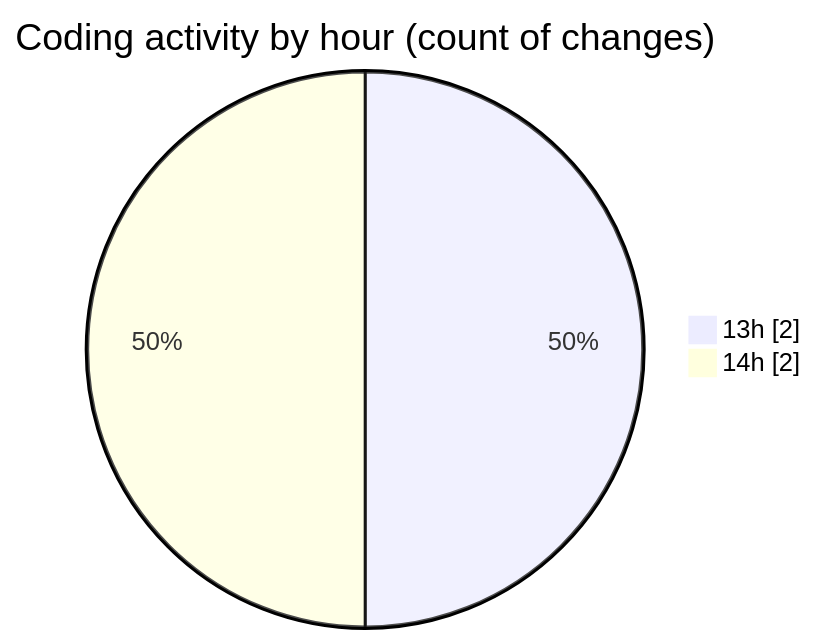
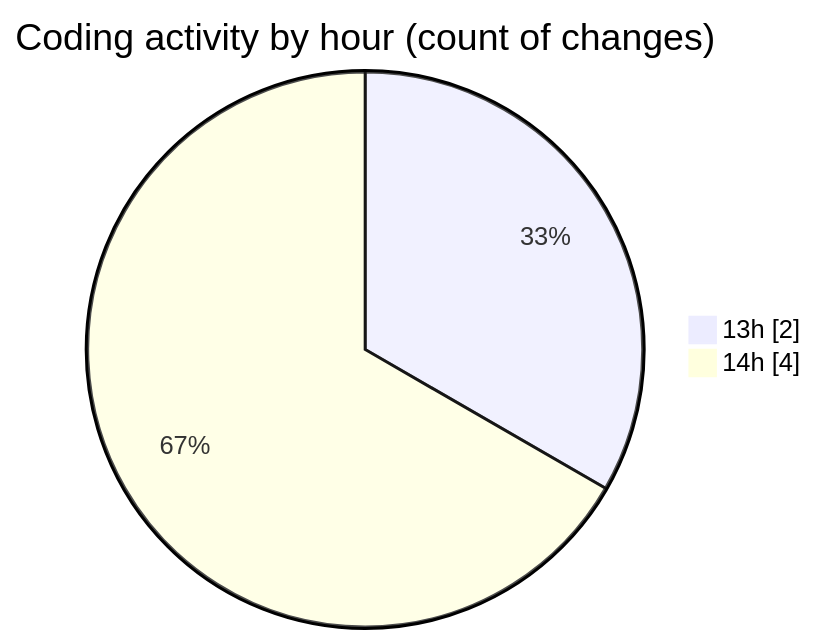
One commit to NitaiMahat/code-tracking changed the second of 2 diagrams in 2025-03-09/filereadinprac/README.md. Above: the diagram before and after it, drawn with Mermaid. The commit also changed other lines of this file and 1 other file, not shown here.

````diff
--- a/2025-03-09/filereadinprac/README.md
+++ b/2025-03-09/filereadinprac/README.md
@@ -28,6 +28,6 @@
 ```mermaid
 pie showData
 title Coding activity by hour (count of changes)
 "13h" : 2
-"14h" : 2
+"14h" : 4
 ```
````
